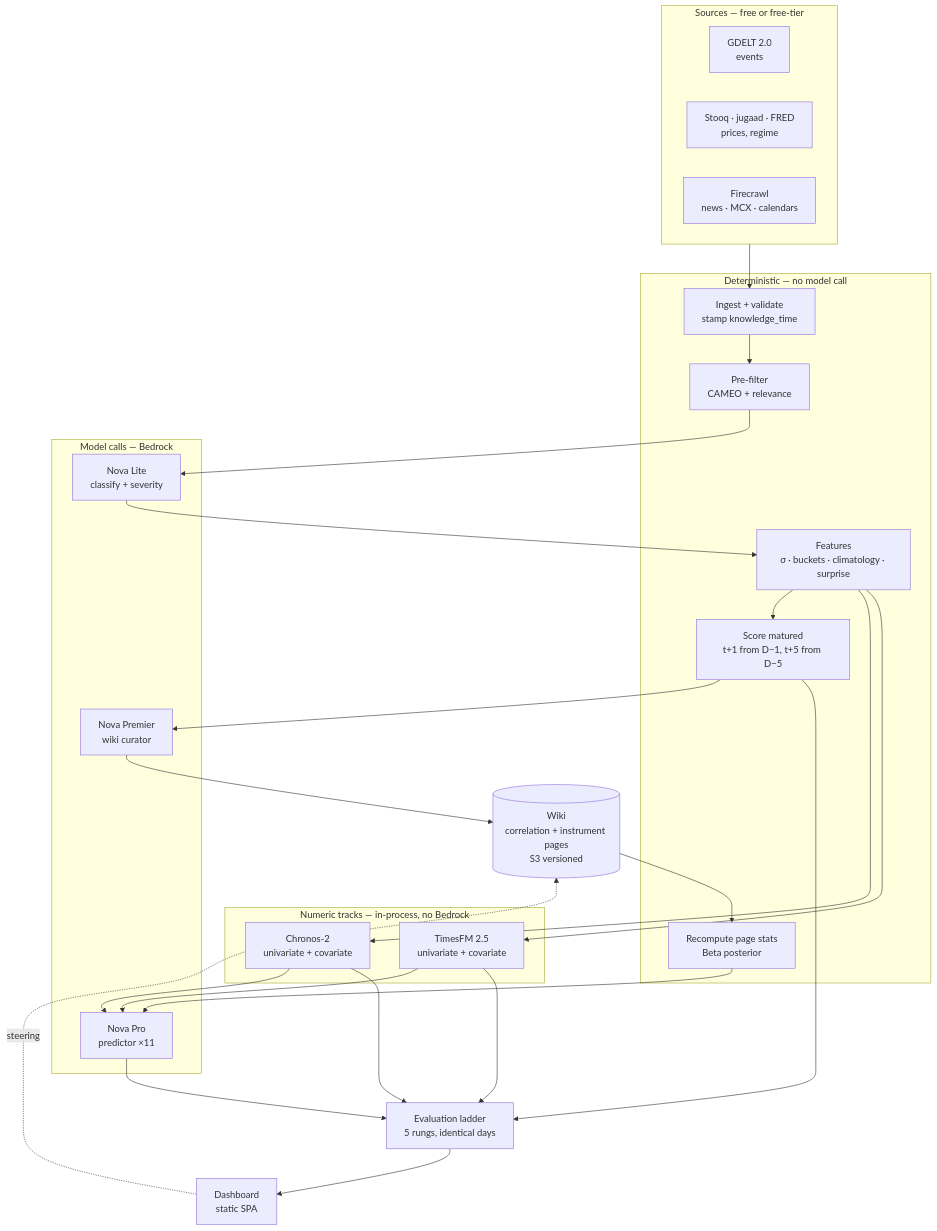
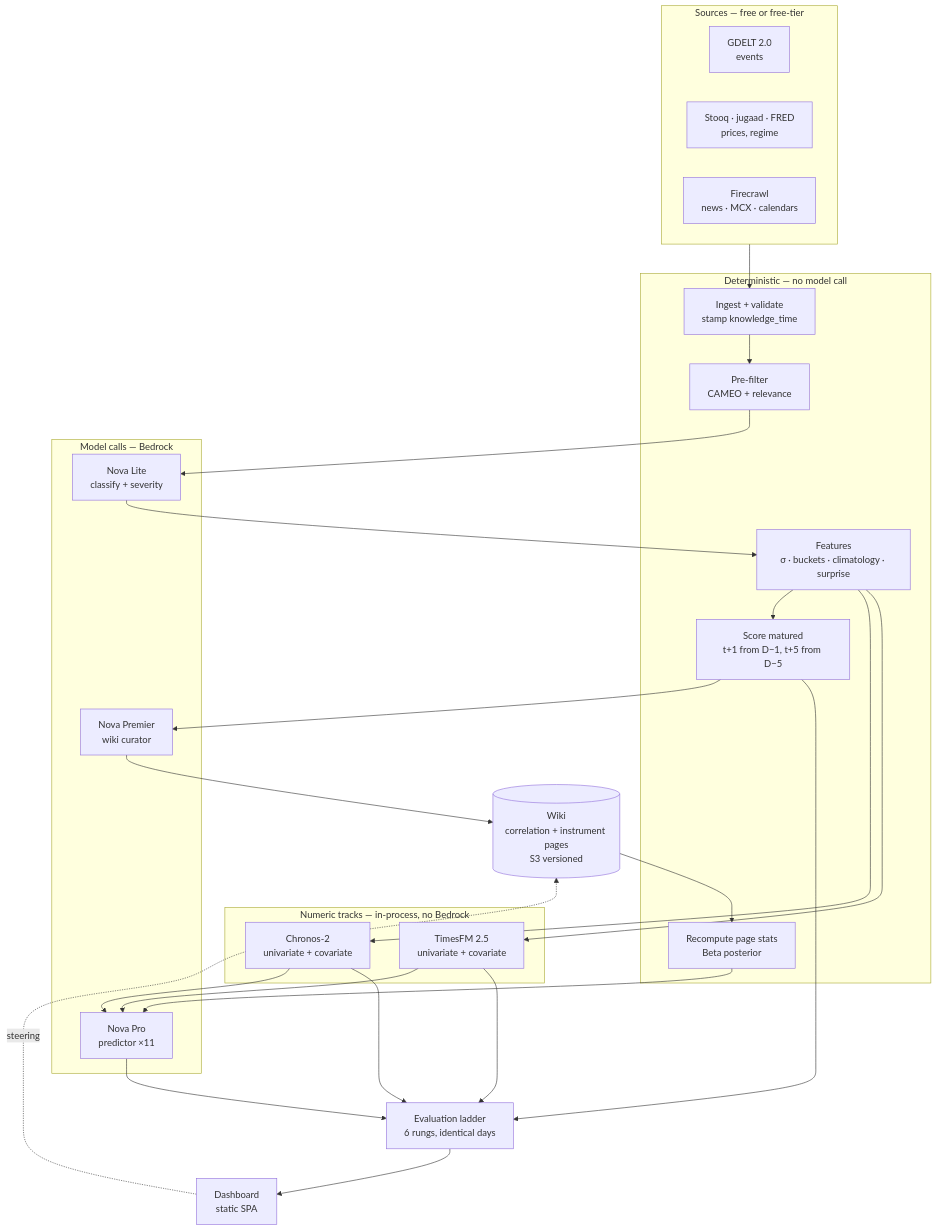
One commit to itamittech/finevents changed the diagram in docs/SystemDesign.md. Above: the diagram before and after it, drawn with Mermaid. The commit also changed other lines of this file and 7 other files, not shown here.

````diff
--- a/docs/SystemDesign.md
+++ b/docs/SystemDesign.md
@@ -31,44 +31,44 @@
 ```mermaid
 flowchart TB
     subgraph src["Sources — free or free-tier"]
         direction LR
         GD["GDELT 2.0<br/>events"]
         PX["Stooq · jugaad · FRED<br/>prices, regime"]
         FC["Firecrawl<br/>news · MCX · calendars"]
     end
 
     subgraph det["Deterministic — no model call"]
         ING["Ingest + validate<br/>stamp knowledge_time"]
         FIL["Pre-filter<br/>CAMEO + relevance"]
         FEA["Features<br/>σ · buckets · climatology · surprise"]
         SCO["Score matured<br/>t+1 from D−1, t+5 from D−5"]
         STA["Recompute page stats<br/>Beta posterior"]
     end
 
     subgraph num["Numeric tracks — in-process, no Bedrock"]
         CH["Chronos-2<br/>univariate + covariate"]
         TF["TimesFM 2.5<br/>univariate + covariate"]
     end
 
     subgraph mdl["Model calls — Bedrock"]
         CL["Nova Lite<br/>classify + severity"]
         CU["Nova Premier<br/>wiki curator"]
         PR["Nova Pro<br/>predictor ×11"]
     end
 
     WIKI[("Wiki<br/>correlation + instrument pages<br/>S3 versioned")]
-    LAD["Evaluation ladder<br/>5 rungs, identical days"]
+    LAD["Evaluation ladder<br/>6 rungs, identical days"]
     UI["Dashboard<br/>static SPA"]
 
     src --> ING --> FIL --> CL
     CL --> FEA
     FEA --> SCO --> CU --> WIKI
     WIKI --> STA --> PR
     FEA --> CH & TF
     CH & TF --> PR
     PR --> LAD
     CH & TF --> LAD
     SCO --> LAD
     LAD --> UI
     UI -.->|steering| WIKI
 ```
````
